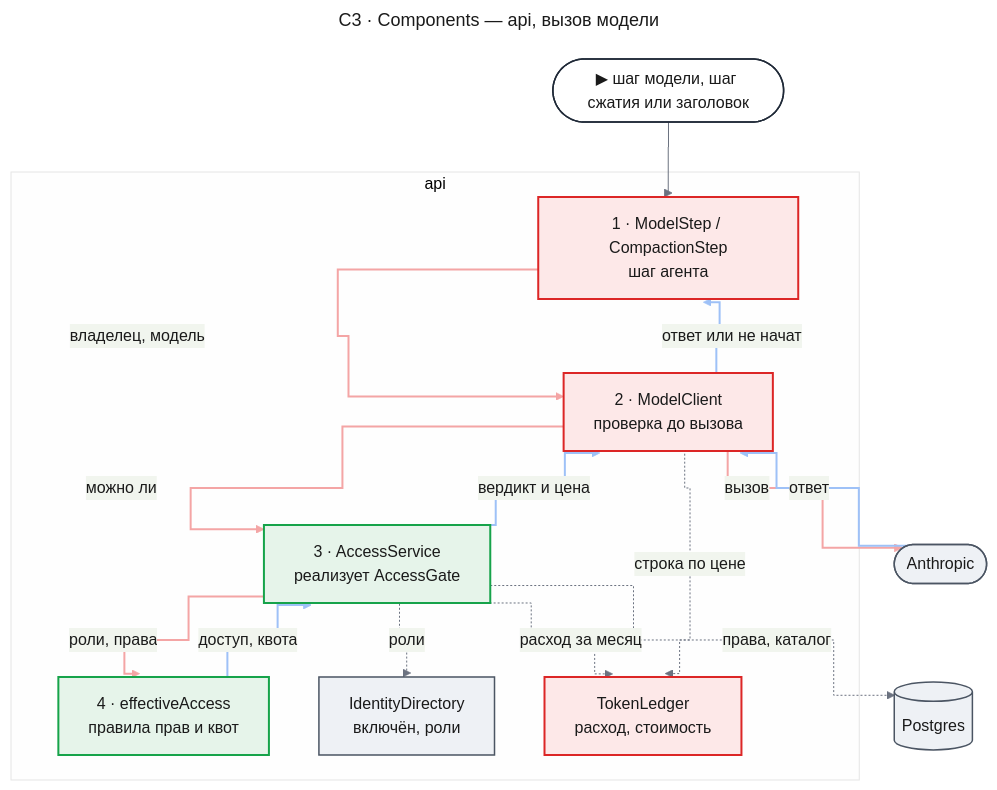
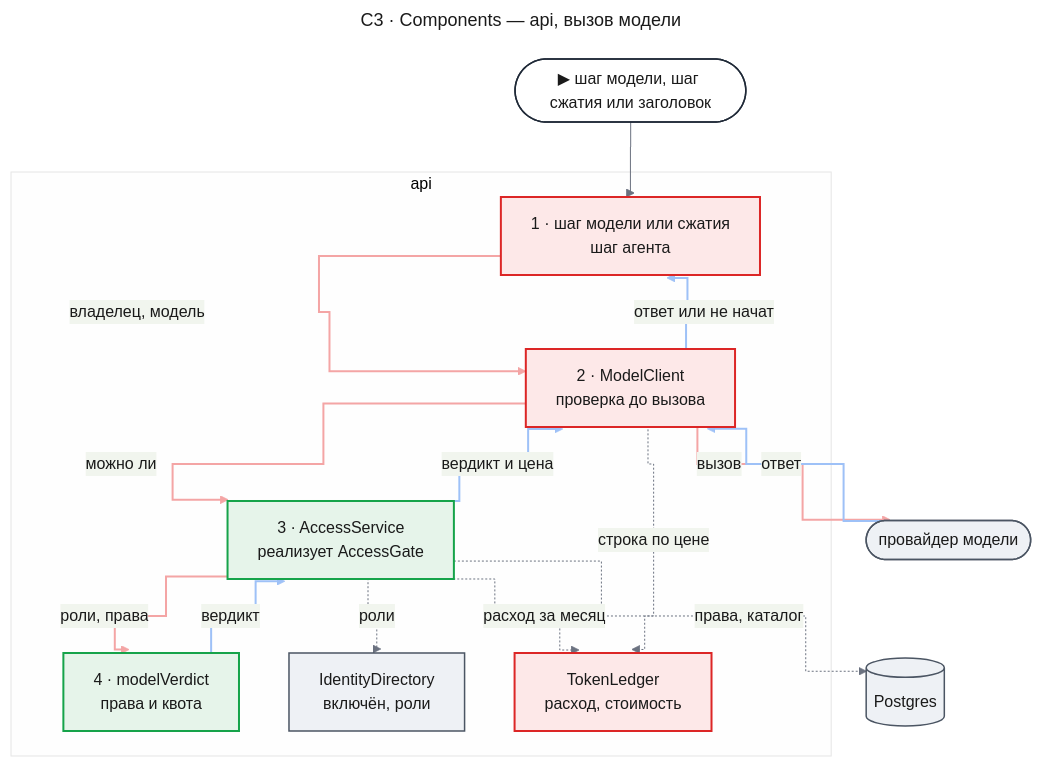
The second of 6 diagrams in docs/features/enterprise-access/design-access.md (tundraray/agent-os), drawn with Mermaid before and after one commit. The commit also changed other lines of this file and 1225 other files, not shown here.

````diff
--- a/docs/features/enterprise-access/design-access.md
+++ b/docs/features/enterprise-access/design-access.md
@@ -250,67 +217,67 @@
 ```mermaid
 ---
 title: "C3 · Components — api, вызов модели"
 config:
   theme: base
   look: classic
   themeVariables:
     primaryColor: "#eef1f5"
     primaryBorderColor: "#4b5563"
     primaryTextColor: "#1a1a1a"
     lineColor: "#6b7280"
   flowchart:
     curve: step
   themeCSS: |
     @keyframes lit_ac3m{0%,11.25%{stroke:#991b1b;stroke-width:6px}12.5%,100%{stroke:#f4a5a5;stroke-width:2px}}
     @keyframes litr_ac3m{0%,11.25%{stroke:#1d4ed8;stroke-width:6px}12.5%,100%{stroke:#9ec1f7;stroke-width:2px}}
 ---
 flowchart TB
     entry(["▶ шаг модели, шаг сжатия или заголовок"])
     subgraph api["api"]
-        step["1 · ModelStep / CompactionStep<br/>шаг агента"]
+        step["1 · шаг модели или сжатия<br/>шаг агента"]
         client["2 · ModelClient<br/>проверка до вызова"]
         access["3 · AccessService<br/>реализует AccessGate"]
-        rule["4 · effectiveAccess<br/>правила прав и квот"]
+        rule["4 · modelVerdict<br/>права и квота"]
         ident["IdentityDirectory<br/>включён, роли"]
         ledger["TokenLedger<br/>расход, стоимость"]
     end
     db[("Postgres")]
-    llm(["Anthropic"])
+    llm(["провайдер модели"])
     entry --> step
     step e1@-->|"владелец, модель"| client
     client e2@-->|"можно ли"| access
     access e3@-->|"роли, права"| rule
-    rule e4@-->|"доступ, квота"| access
+    rule e4@-->|"вердикт"| access
     access e5@-->|"вердикт и цена"| client
     client e6@-->|"вызов"| llm
     llm e7@-->|"ответ"| client
     client e8@-->|"ответ или не начат"| step
     access -.->|"роли"| ident
     access -.->|"расход за месяц"| ledger
     client -.->|"строка по цене"| ledger
     access -.->|"права, каталог"| db
     classDef entry fill:#ffffff,stroke:#1f2937,stroke-width:1.5px,color:#1a1a1a
     classDef changed fill:#fde8e8,stroke:#dc2626,stroke-width:2px,color:#1a1a1a
     classDef new fill:#e6f4ea,stroke:#16a34a,stroke-width:2px,color:#1a1a1a
     classDef unchanged fill:#eef1f5,stroke:#4b5563,stroke-width:1.5px,color:#1a1a1a
     classDef w1 stroke:#f4a5a5,stroke-width:2px,animation:lit_ac3m 9.6s linear 0s infinite
     classDef w2 stroke:#f4a5a5,stroke-width:2px,animation:lit_ac3m 9.6s linear 1.2s infinite
     classDef w3 stroke:#f4a5a5,stroke-width:2px,animation:lit_ac3m 9.6s linear 2.4s infinite
     classDef r1 stroke:#9ec1f7,stroke-width:2px,animation:litr_ac3m 9.6s linear 3.6s infinite
     classDef r2 stroke:#9ec1f7,stroke-width:2px,animation:litr_ac3m 9.6s linear 4.8s infinite
     classDef w4 stroke:#f4a5a5,stroke-width:2px,animation:lit_ac3m 9.6s linear 6s infinite
     classDef r3 stroke:#9ec1f7,stroke-width:2px,animation:litr_ac3m 9.6s linear 7.2s infinite
     classDef r4 stroke:#9ec1f7,stroke-width:2px,animation:litr_ac3m 9.6s linear 8.4s infinite
     class entry entry
     class step,client,ledger changed
     class access,rule new
     class ident,db,llm unchanged
     class e1 w1
     class e2 w2
     class e3 w3
     class e4 r1
     class e5 r2
     class e6 w4
     class e7 r3
     class e8 r4
 ```
````
